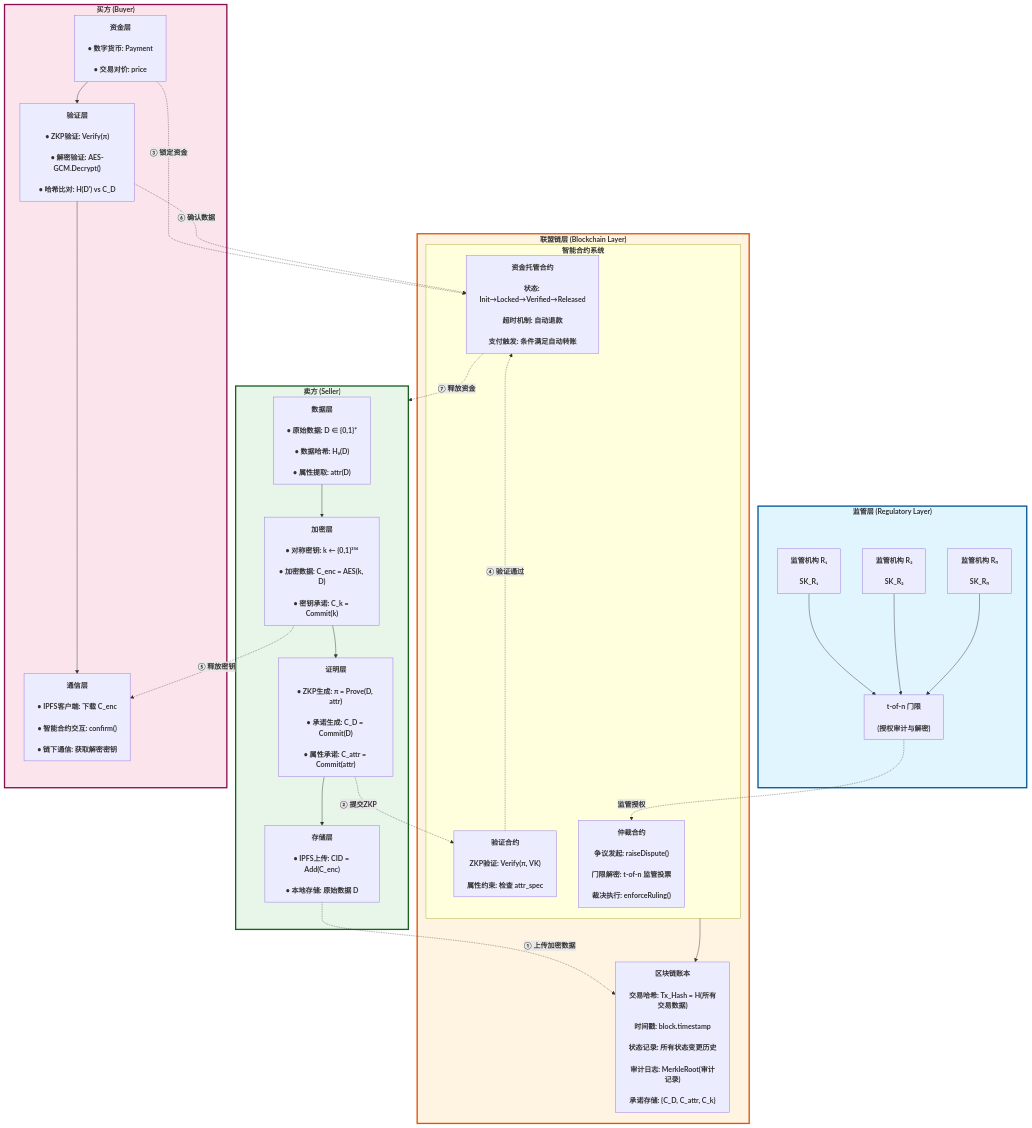
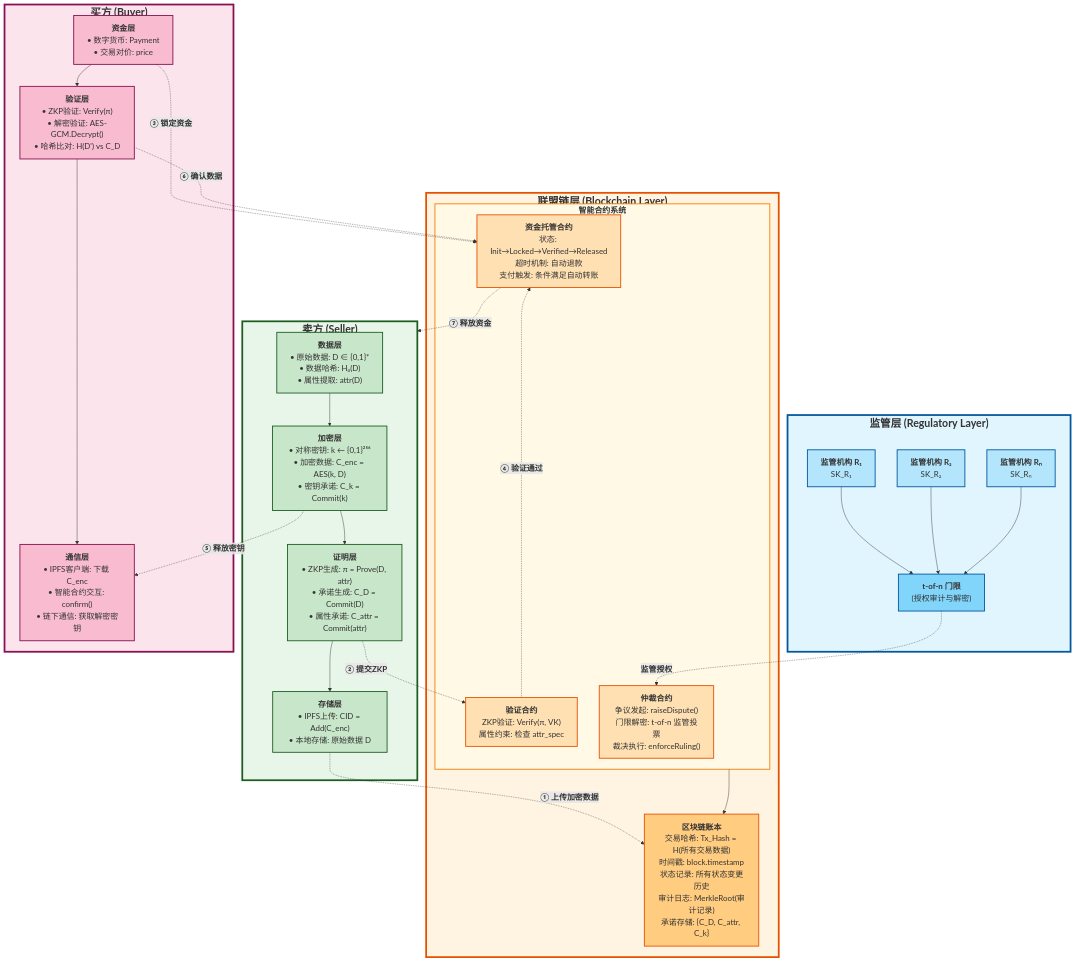
One commit to ystAlex/iodraw-files changed the diagram in all/未命名-4.md. Above: the diagram before and after it, drawn with Mermaid.

Commit message:
2025-12-10 03:50:41 update

````diff
--- a/all/未命名-4.md
+++ b/all/未命名-4.md
@@ -1,62 +1,79 @@
 ```mermaid
 graph TB
-    subgraph Regulatory["<b>监管层 (Regulatory Layer)</b>"]
-        R1["<b>监管机构 R₁</b><br/><br/>SK_R₁"]
-        R2["<b>监管机构 R₂</b><br/><br/>SK_R₂"]
-        Rn["<b>监管机构 Rₙ</b><br/><br/>SK_Rₙ"]
-        Threshold["<b>t-of-n 门限</b><br/><br/>(授权审计与解密)"]
+    subgraph Regulatory["<font size=5><b>监管层 (Regulatory Layer)</b></font>"]
+        R1["<font size=4><b>监管机构 R₁</b><br/>SK_R₁</font>"]
+        R2["<font size=4><b>监管机构 R₂</b><br/>SK_R₂</font>"]
+        Rn["<font size=4><b>监管机构 Rₙ</b><br/>SK_Rₙ</font>"]
+        Threshold["<font size=4><b>t-of-n 门限</b><br/>(授权审计与解密)</font>"]
         R1 --> Threshold
         R2 --> Threshold
         Rn --> Threshold
     end
 
-    subgraph Blockchain["<b>联盟链层 (Blockchain Layer)</b>"]
-        subgraph Contracts["<b>智能合约系统</b>"]
-            Escrow["<b>资金托管合约</b><br/><br/>状态: Init→Locked→Verified→Released<br/><br/>超时机制: 自动退款<br/><br/>支付触发: 条件满足自动转账"]
-            Verification["<b>验证合约</b><br/><br/>ZKP验证: Verify(π, VK)<br/><br/>属性约束: 检查 attr_spec"]
-            Arbitration["<b>仲裁合约</b><br/><br/>争议发起: raiseDispute()<br/><br/>门限解密: t-of-n 监管投票<br/><br/>裁决执行: enforceRuling()"]
+    subgraph Blockchain["<font size=5><b>联盟链层 (Blockchain Layer)</b></font>"]
+        subgraph Contracts["<font size=4><b>智能合约系统</b></font>"]
+            Escrow["<font size=4><b>资金托管合约</b><br/>状态: Init→Locked→Verified→Released<br/>超时机制: 自动退款<br/>支付触发: 条件满足自动转账</font>"]
+            Verification["<font size=4><b>验证合约</b><br/>ZKP验证: Verify(π, VK)<br/>属性约束: 检查 attr_spec</font>"]
+            Arbitration["<font size=4><b>仲裁合约</b><br/>争议发起: raiseDispute()<br/>门限解密: t-of-n 监管投票<br/>裁决执行: enforceRuling()</font>"]
         end
         
-        Ledger["<b>区块链账本</b><br/><br/>交易哈希: Tx_Hash = H(所有交易数据)<br/><br/>时间戳: block.timestamp<br/><br/>状态记录: 所有状态变更历史<br/><br/>审计日志: MerkleRoot(审计记录)<br/><br/>承诺存储: {C_D, C_attr, C_k}"]
+        Ledger["<font size=4><b>区块链账本</b><br/>交易哈希: Tx_Hash = H(所有交易数据)<br/>时间戳: block.timestamp<br/>状态记录: 所有状态变更历史<br/>审计日志: MerkleRoot(审计记录)<br/>承诺存储: {C_D, C_attr, C_k}</font>"]
         
         Contracts --> Ledger
     end
 
-    subgraph Seller["<b>卖方 (Seller)</b>"]
-        S_Data["<b>数据层</b><br/><br/>• 原始数据: D ∈ {0,1}*<br/><br/>• 数据哈希: H₀(D)<br/><br/>• 属性提取: attr(D)"]
-        S_Encrypt["<b>加密层</b><br/><br/>• 对称密钥: k ← {0,1}²⁵⁶<br/><br/>• 加密数据: C_enc = AES(k, D)<br/><br/>• 密钥承诺: C_k = Commit(k)"]
-        S_Proof["<b>证明层</b><br/><br/>• ZKP生成: π = Prove(D, attr)<br/><br/>• 承诺生成: C_D = Commit(D)<br/><br/>• 属性承诺: C_attr = Commit(attr)"]
-        S_Storage["<b>存储层</b><br/><br/>• IPFS上传: CID = Add(C_enc)<br/><br/>• 本地存储: 原始数据 D"]
+    subgraph Seller["<font size=5><b>卖方 (Seller)</b></font>"]
+        S_Data["<font size=4><b>数据层</b><br/>• 原始数据: D ∈ {0,1}*<br/>• 数据哈希: H₀(D)<br/>• 属性提取: attr(D)</font>"]
+        S_Encrypt["<font size=4><b>加密层</b><br/>• 对称密钥: k ← {0,1}²⁵⁶<br/>• 加密数据: C_enc = AES(k, D)<br/>• 密钥承诺: C_k = Commit(k)</font>"]
+        S_Proof["<font size=4><b>证明层</b><br/>• ZKP生成: π = Prove(D, attr)<br/>• 承诺生成: C_D = Commit(D)<br/>• 属性承诺: C_attr = Commit(attr)</font>"]
+        S_Storage["<font size=4><b>存储层</b><br/>• IPFS上传: CID = Add(C_enc)<br/>• 本地存储: 原始数据 D</font>"]
         
         S_Data --> S_Encrypt
         S_Encrypt --> S_Proof
         S_Proof --> S_Storage
     end
 
-    subgraph Buyer["<b>买方 (Buyer)</b>"]
-        B_Payment["<b>资金层</b><br/><br/>• 数字货币: Payment<br/><br/>• 交易对价: price"]
-        B_Verify["<b>验证层</b><br/><br/>• ZKP验证: Verify(π)<br/><br/>• 解密验证: AES-GCM.Decrypt()<br/><br/>• 哈希比对: H(D') vs C_D"]
-        B_Comm["<b>通信层</b><br/><br/>• IPFS客户端: 下载 C_enc<br/><br/>• 智能合约交互: confirm()<br/><br/>• 链下通信: 获取解密密钥"]
+    subgraph Buyer["<font size=5><b>买方 (Buyer)</b></font>"]
+        B_Payment["<font size=4><b>资金层</b><br/>• 数字货币: Payment<br/>• 交易对价: price</font>"]
+        B_Verify["<font size=4><b>验证层</b><br/>• ZKP验证: Verify(π)<br/>• 解密验证: AES-GCM.Decrypt()<br/>• 哈希比对: H(D') vs C_D</font>"]
+        B_Comm["<font size=4><b>通信层</b><br/>• IPFS客户端: 下载 C_enc<br/>• 智能合约交互: confirm()<br/>• 链下通信: 获取解密密钥</font>"]
         
         B_Payment --> B_Verify
         B_Verify --> B_Comm
     end
 
-    Threshold -.->|"<b>监管授权</b>"| Arbitration
-    S_Storage -.->|"<b>① 上传加密数据</b>"| Ledger
-    S_Proof -.->|"<b>② 提交ZKP</b>"| Verification
-    B_Payment -.->|"<b>③ 锁定资金</b>"| Escrow
-    Verification -.->|"<b>④ 验证通过</b>"| Escrow
-    S_Encrypt -.->|"<b>⑤ 释放密钥</b>"| B_Comm
-    B_Verify -.->|"<b>⑥ 确认数据</b>"| Escrow
-    Escrow -.->|"<b>⑦ 释放资金</b>"| Seller
+    Threshold -.->|"<font size=4><b>监管授权</b></font>"| Arbitration
+    S_Storage -.->|"<font size=4><b>① 上传加密数据</b></font>"| Ledger
+    S_Proof -.->|"<font size=4><b>② 提交ZKP</b></font>"| Verification
+    B_Payment -.->|"<font size=4><b>③ 锁定资金</b></font>"| Escrow
+    Verification -.->|"<font size=4><b>④ 验证通过</b></font>"| Escrow
+    S_Encrypt -.->|"<font size=4><b>⑤ 释放密钥</b></font>"| B_Comm
+    B_Verify -.->|"<font size=4><b>⑥ 确认数据</b></font>"| Escrow
+    Escrow -.->|"<font size=4><b>⑦ 释放资金</b></font>"| Seller
 
-    style Regulatory fill:#e1f5ff,stroke:#01579b,stroke-width:3px
-    style Blockchain fill:#fff4e1,stroke:#e65100,stroke-width:3px
-    style Seller fill:#e8f5e9,stroke:#1b5e20,stroke-width:3px
-    style Buyer fill:#fce4ec,stroke:#880e4f,stroke-width:3px
+    style Regulatory fill:#e1f5ff,stroke:#01579b,stroke-width:4px,padding:5px
+    style Blockchain fill:#fff4e1,stroke:#e65100,stroke-width:4px,padding:5px
+    style Seller fill:#e8f5e9,stroke:#1b5e20,stroke-width:4px,padding:5px
+    style Buyer fill:#fce4ec,stroke:#880e4f,stroke-width:4px,padding:5px
+    style Contracts fill:#fff9e6,stroke:#f57c00,stroke-width:2px,padding:3px
     
-    classDef largeText font-size:16px,font-weight:bold
-    class R1,R2,Rn,Threshold,Escrow,Verification,Arbitration,Ledger,S_Data,S_Encrypt,S_Proof,S_Storage,B_Payment,B_Verify,B_Comm largeText
+    style R1 fill:#b3e5fc,stroke:#01579b,stroke-width:2px,padding:8px
+    style R2 fill:#b3e5fc,stroke:#01579b,stroke-width:2px,padding:8px
+    style Rn fill:#b3e5fc,stroke:#01579b,stroke-width:2px,padding:8px
+    style Threshold fill:#81d4fa,stroke:#01579b,stroke-width:2px,padding:8px
+    
+    style Escrow fill:#ffe0b2,stroke:#e65100,stroke-width:2px,padding:8px
+    style Verification fill:#ffe0b2,stroke:#e65100,stroke-width:2px,padding:8px
+    style Arbitration fill:#ffe0b2,stroke:#e65100,stroke-width:2px,padding:8px
+    style Ledger fill:#ffcc80,stroke:#e65100,stroke-width:2px,padding:8px
+    
+    style S_Data fill:#c8e6c9,stroke:#1b5e20,stroke-width:2px,padding:8px
+    style S_Encrypt fill:#c8e6c9,stroke:#1b5e20,stroke-width:2px,padding:8px
+    style S_Proof fill:#c8e6c9,stroke:#1b5e20,stroke-width:2px,padding:8px
+    style S_Storage fill:#c8e6c9,stroke:#1b5e20,stroke-width:2px,padding:8px
+    
+    style B_Payment fill:#f8bbd0,stroke:#880e4f,stroke-width:2px,padding:8px
+    style B_Verify fill:#f8bbd0,stroke:#880e4f,stroke-width:2px,padding:8px
+    style B_Comm fill:#f8bbd0,stroke:#880e4f,stroke-width:2px,padding:8px
 
 ```
````
